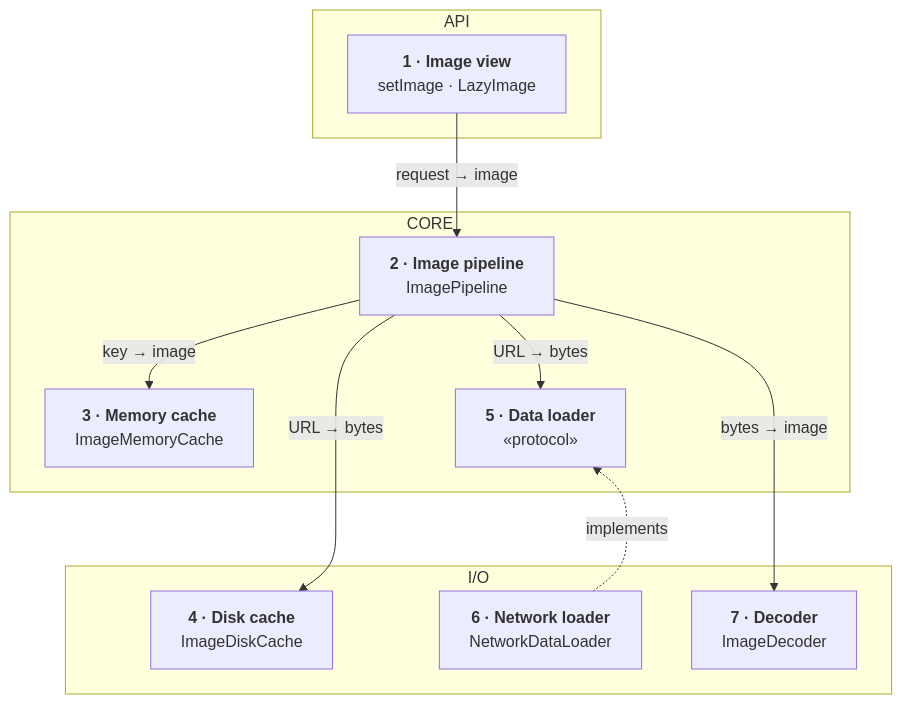
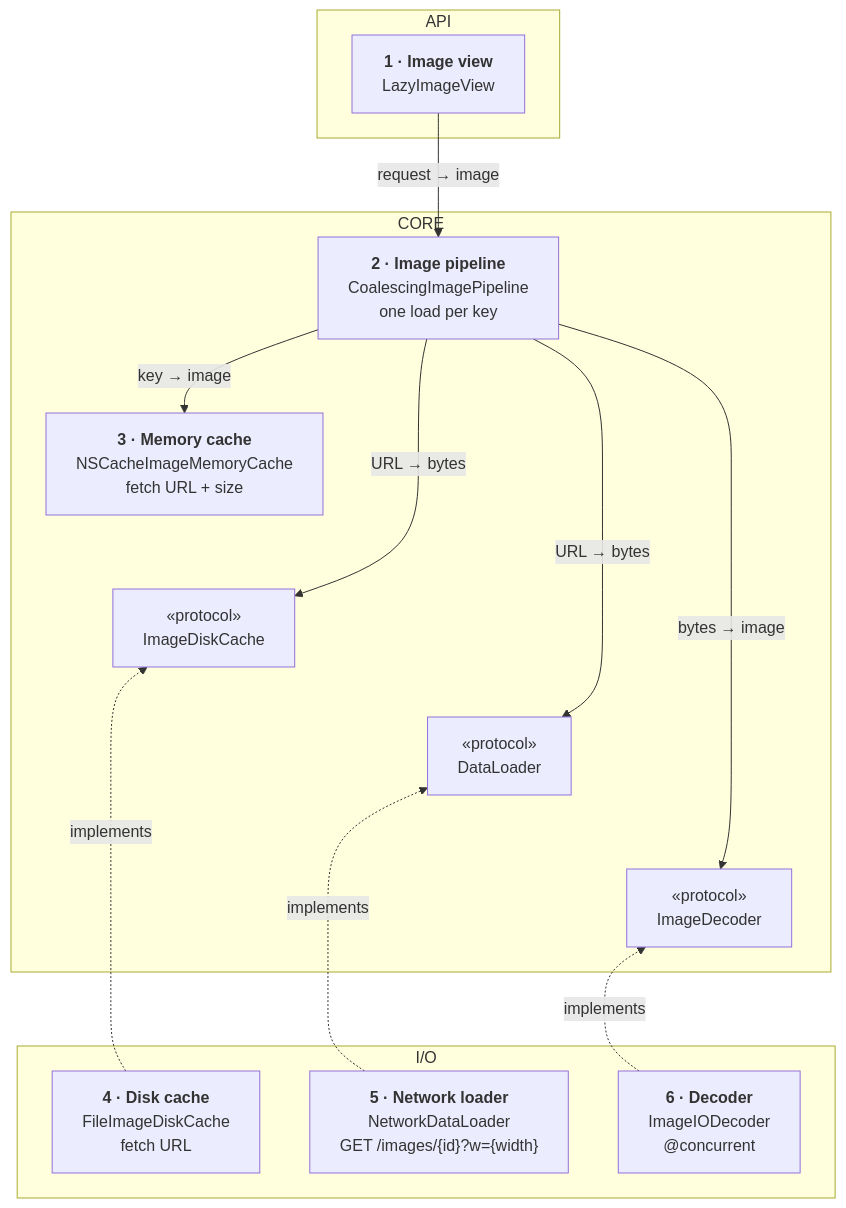
Before and after one commit to rezabina86/reference-desk: the first of 3 diagrams in topics/system-design/01-image-loading-and-caching-library.md, drawn with Mermaid. The commit also changed other lines of this file and 19 other files, not shown here.

````diff
--- a/topics/system-design/01-image-loading-and-caching-library.md
+++ b/topics/system-design/01-image-loading-and-caching-library.md
@@ -129,35 +140,50 @@
 ```mermaid
 flowchart TB
   subgraph A["API"]
     View["`**1 · Image view**
-setImage · LazyImage`"]
+LazyImageView`"]
   end
   subgraph C["CORE"]
     Pipe["`**2 · Image pipeline**
-ImagePipeline`"]
+CoalescingImagePipeline
+one load per key`"]
     Mem["`**3 · Memory cache**
-ImageMemoryCache`"]
-    Loader["`**5 · Data loader**
-«protocol»`"]
+NSCacheImageMemoryCache
+fetch URL + size`"]
+    DiskP["`«protocol»
+ImageDiskCache`"]
+    LoadP["`«protocol»
+DataLoader`"]
+    DecP["`«protocol»
+ImageDecoder`"]
   end
   subgraph IO["I/O"]
     Disk["`**4 · Disk cache**
-ImageDiskCache`"]
-    Net["`**6 · Network loader**
-NetworkDataLoader`"]
-    Dec["`**7 · Decoder**
-ImageDecoder`"]
+FileImageDiskCache
+fetch URL`"]
+    Net["`**5 · Network loader**
+NetworkDataLoader
+GET /images/{id}?w={width}`"]
+    Dec["`**6 · Decoder**
+ImageIODecoder
+@concurrent`"]
   end
   View -- "request → image" --> Pipe
   Pipe -- "key → image" --> Mem
-  Pipe -- "URL → bytes" --> Loader
-  Loader ~~~ Net
-  Net -. "implements" .-> Loader
-  Mem ~~~ Disk
-  Pipe -- "URL → bytes" --> Disk
-  Pipe -- "bytes → image" --> Dec
+  Pipe -- "URL → bytes" --> DiskP
+  Pipe -- "URL → bytes" --> LoadP
+  Pipe -- "bytes → image" --> DecP
+  Mem ~~~ DiskP
+  DiskP ~~~ LoadP
+  LoadP ~~~ DecP
+  DiskP ~~~ Disk
+  Disk -. "implements" .-> DiskP
+  LoadP ~~~ Net
+  Net -. "implements" .-> LoadP
+  DecP ~~~ Dec
+  Dec -. "implements" .-> DecP
   class View pres
-  class Pipe,Mem,Loader dom
+  class Pipe,Mem,DiskP,LoadP,DecP dom
   class Disk,Dec data
   class Net net
 ```
````
